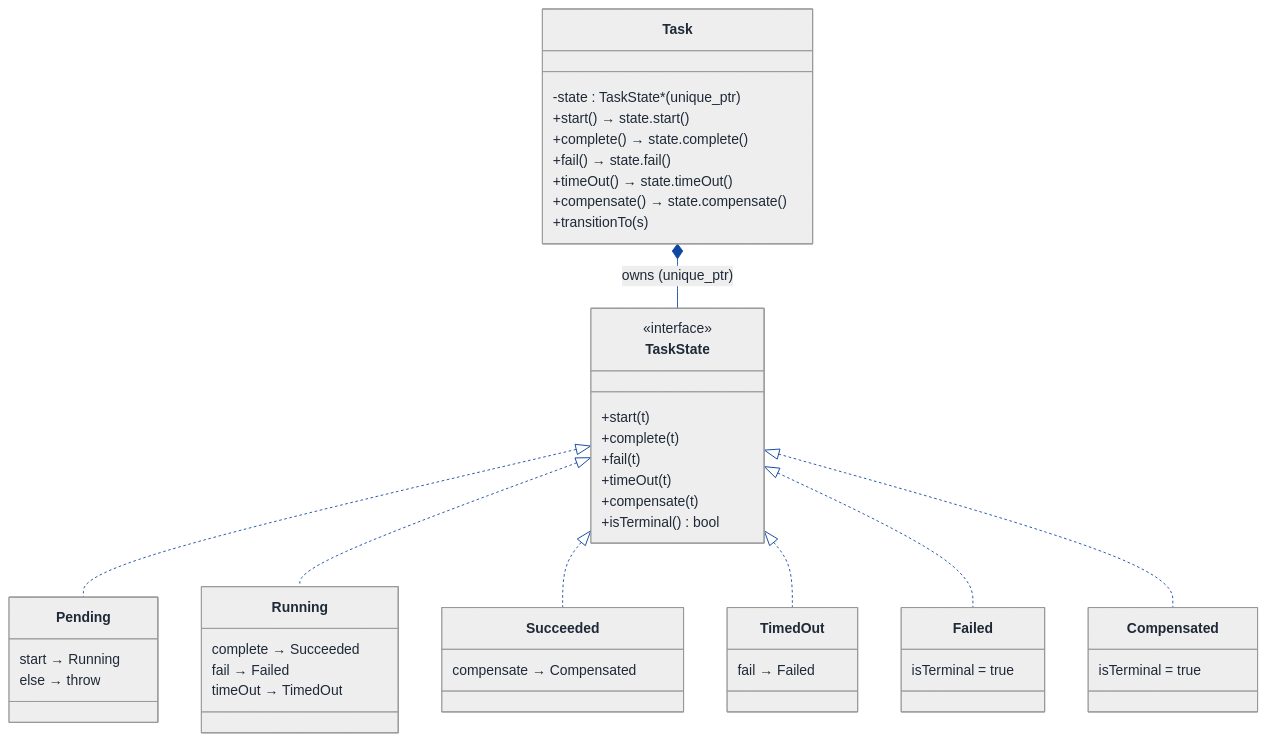
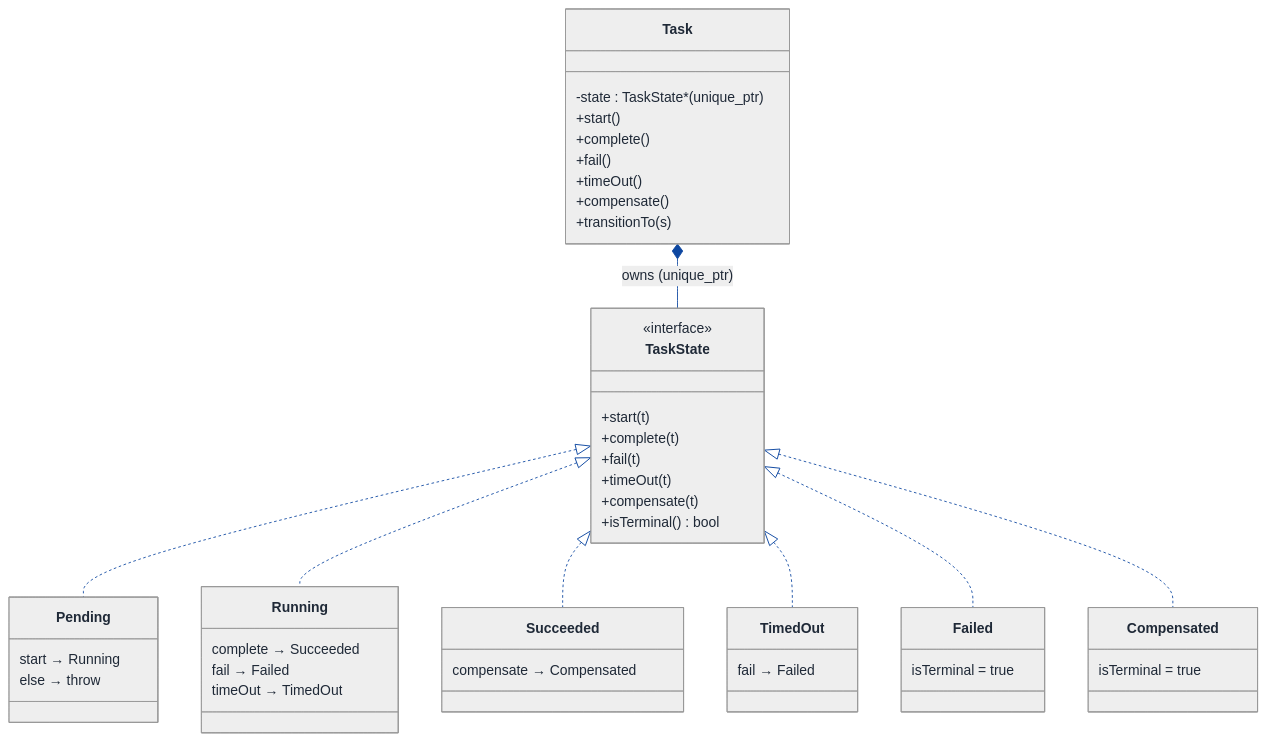
Before and after one commit to Prateek-5/question-bank: the second of 7 diagrams in LLD/Topics/State_Pattern/Workflow_Engine.md, drawn with Mermaid. The commit also changed other lines of this file and 61 other files, not shown here.

First line of the commit message:
Fix invalid mermaid classDiagram member syntax across LLD walkthroughs

````diff
--- a/LLD/Topics/State_Pattern/Workflow_Engine.md
+++ b/LLD/Topics/State_Pattern/Workflow_Engine.md
@@ -425,82 +425,82 @@
 ```mermaid
 ---
 config:
   theme: neutral
   themeVariables:
     background: '#ffffff'
     primaryColor: '#cfe2ff'
     primaryTextColor: '#1f2937'
     primaryBorderColor: '#084298'
     secondaryColor: '#fff3cd'
     secondaryTextColor: '#1f2937'
     secondaryBorderColor: '#664d03'
     tertiaryColor: '#d1e7dd'
     tertiaryTextColor: '#1f2937'
     tertiaryBorderColor: '#0a3622'
     lineColor: '#0d47a1'
     textColor: '#1f2937'
     noteBkgColor: '#fff3cd'
     noteTextColor: '#1f2937'
     noteBorderColor: '#997404'
     actorBkg: '#cfe2ff'
     actorBorder: '#084298'
     actorTextColor: '#1f2937'
     signalColor: '#0d47a1'
     signalTextColor: '#1f2937'
     labelBoxBkgColor: '#ffffff'
     labelBoxBorderColor: '#d3d3d3'
     labelTextColor: '#1f2937'
     edgeLabelBackground: '#ffffff'
     labelBackground: '#ffffff'
     classText: '#1f2937'
     fontFamily: 'system-ui, -apple-system, Segoe UI, Helvetica, Arial, sans-serif'
 ---
 classDiagram
   direction TB
   class Task {
     -state : TaskState* (unique_ptr)
-    +start()      → state.start()
-    +complete()   → state.complete()
-    +fail()       → state.fail()
-    +timeOut()    → state.timeOut()
-    +compensate() → state.compensate()
+    +start()
+    +complete()
+    +fail()
+    +timeOut()
+    +compensate()
     +transitionTo(s)
   }
   class TaskState {
     <<interface>>
     +start(t)
     +complete(t)
     +fail(t)
     +timeOut(t)
     +compensate(t)
     +isTerminal() bool
   }
   class Pending {
     start → Running
     else → throw
   }
   class Running {
     complete → Succeeded
     fail → Failed
     timeOut → TimedOut
   }
   class Succeeded {
     compensate → Compensated
   }
   class TimedOut {
     fail → Failed
   }
   class Failed {
     isTerminal = true
   }
   class Compensated {
     isTerminal = true
   }
   Task *-- TaskState : owns (unique_ptr)
   TaskState <|.. Pending
   TaskState <|.. Running
   TaskState <|.. Succeeded
   TaskState <|.. TimedOut
   TaskState <|.. Failed
   TaskState <|.. Compensated
 ```
````
